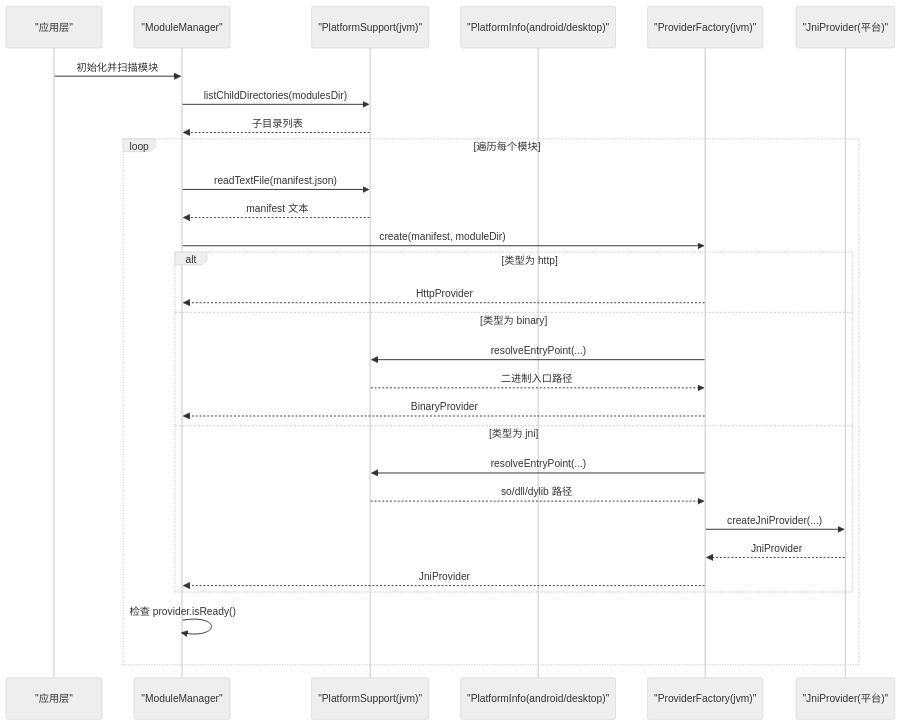
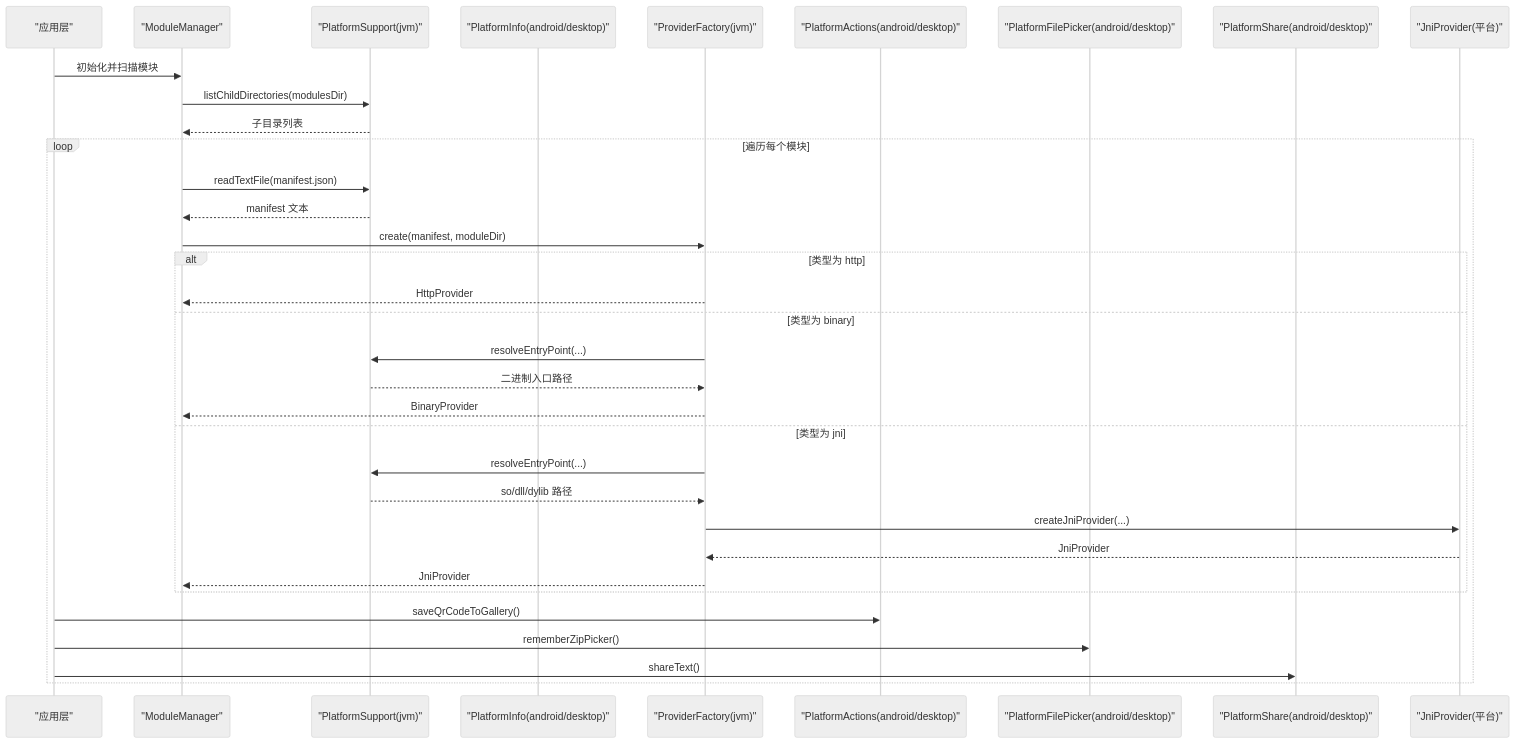
Before and after one commit to Aurora-Nasa-1/CPPlayer-KMP: the second of 11 diagrams in .qoder/repowiki/zh/content/平台特定实现/平台抽象层设计/平台抽象接口设计.md, drawn with Mermaid (neutral theme). The commit also changed other lines of this file and 47 other files, not shown here.

First line of the commit message:
feat(android_app_wrapper): 新增下载页面实现及本地音乐多选同步功能

````diff
--- a/.qoder/repowiki/zh/content/平台特定实现/平台抽象层设计/平台抽象接口设计.md
+++ b/.qoder/repowiki/zh/content/平台特定实现/平台抽象层设计/平台抽象接口设计.md
@@ -109,31 +142,36 @@
 ```mermaid
 sequenceDiagram
 participant App as "应用层"
 participant MM as "ModuleManager"
 participant PS as "PlatformSupport(jvm)"
 participant PI as "PlatformInfo(android/desktop)"
 participant PF as "ProviderFactory(jvm)"
+participant PA as "PlatformActions(android/desktop)"
+participant PFP as "PlatformFilePicker(android/desktop)"
+participant PSR as "PlatformShare(android/desktop)"
 participant JP as "JniProvider(平台)"
 App->>MM : 初始化并扫描模块
 MM->>PS : listChildDirectories(modulesDir)
 PS-->>MM : 子目录列表
 loop 遍历每个模块
 MM->>PS : readTextFile(manifest.json)
 PS-->>MM : manifest 文本
 MM->>PF : create(manifest, moduleDir)
 alt 类型为 http
 PF-->>MM : HttpProvider
 else 类型为 binary
 PF->>PS : resolveEntryPoint(...)
 PS-->>PF : 二进制入口路径
 PF-->>MM : BinaryProvider
 else 类型为 jni
 PF->>PS : resolveEntryPoint(...)
 PS-->>PF : so/dll/dylib 路径
 PF->>JP : createJniProvider(...)
 JP-->>PF : JniProvider
 PF-->>MM : JniProvider
 end
-MM->>MM : 检查 provider.isReady()
+App->>PA : saveQrCodeToGallery()
+App->>PFP : rememberZipPicker()
+App->>PSR : shareText()
 end
 ```
````
